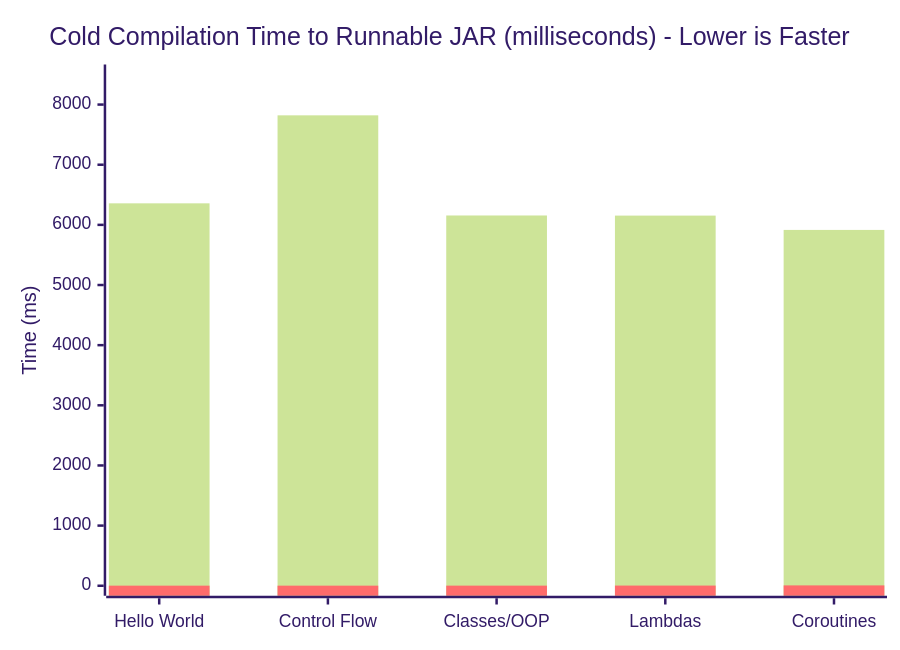
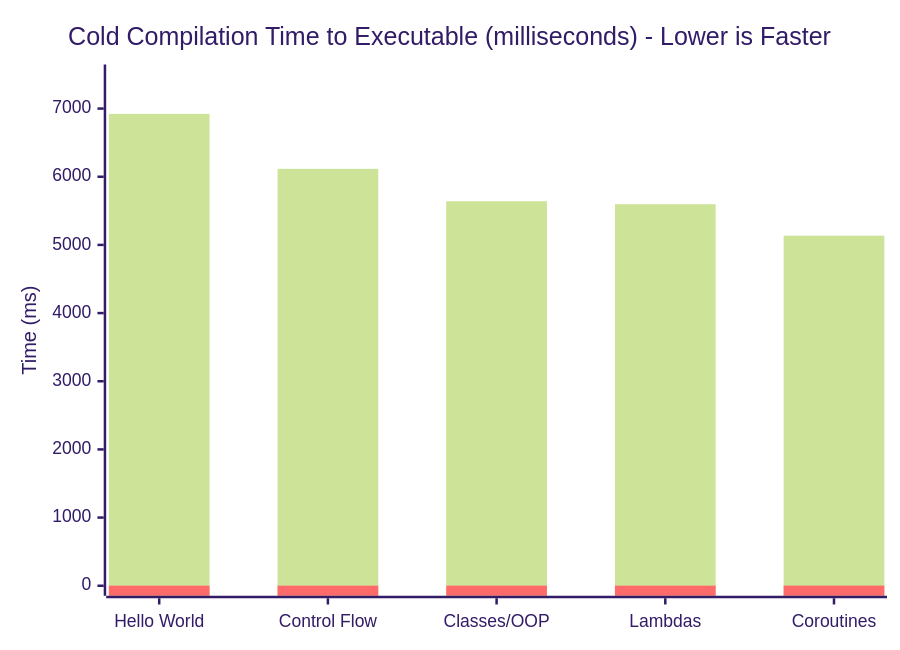
The first of 2 diagrams in COMPARISON.md (babar-xagi/kotlin3), drawn with Mermaid (forest theme) before and after one commit. The commit also changed other lines of this file and 12 other files, not shown here.

````diff
--- a/COMPARISON.md
+++ b/COMPARISON.md
@@ -34,8 +31,8 @@
 ```mermaid
 xychart-beta
-    title "Cold Compilation Time to Runnable JAR (milliseconds) - Lower is Faster"
+    title "Cold Compilation Time to Executable (milliseconds) - Lower is Faster"
     x-axis ["Hello World", "Control Flow", "Classes/OOP", "Lambdas", "Coroutines"]
-    y-axis "Time (ms)" 0 --> 8500
-    bar [6358, 7821, 6156, 6154, 5916]
-    bar [1.7, 1.7, 1.8, 3.0, 5.7]
+    y-axis "Time (ms)" 0 --> 7500
+    bar [6922, 6116, 5641, 5597, 5136]
+    bar [1.8, 1.7, 1.9, 1.7, 2.2]
 ```
````
